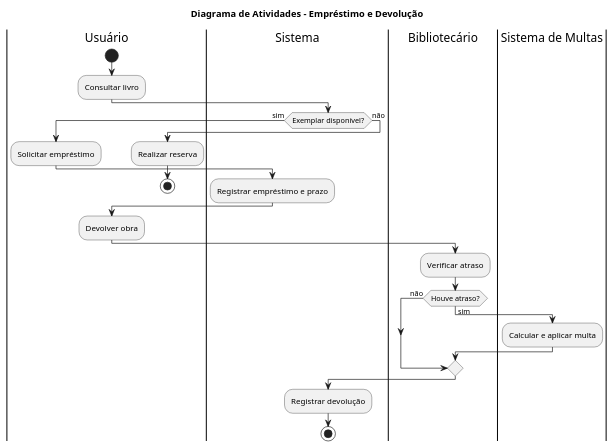
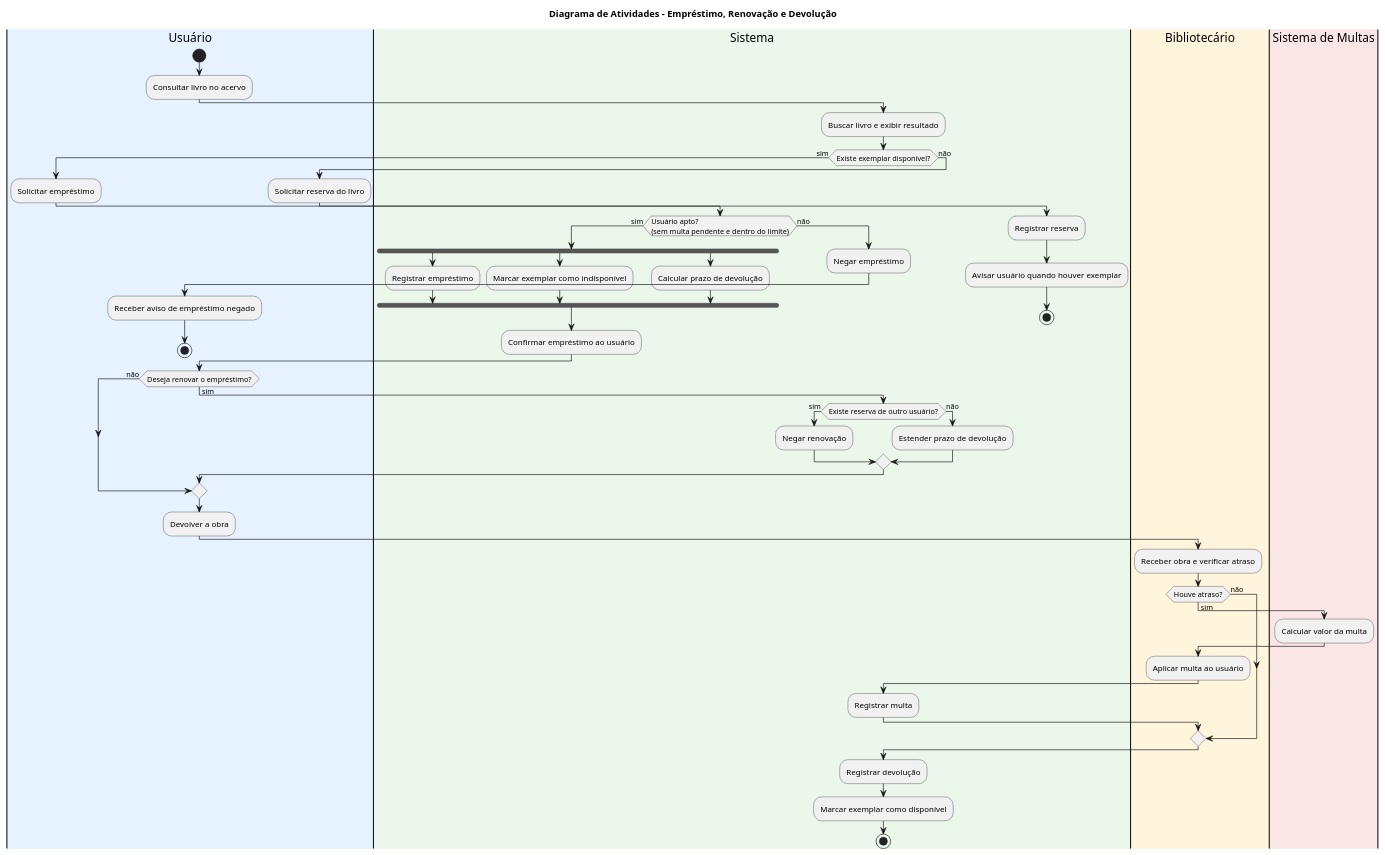
One commit to GabrielBGarcia/MODELAGEM-DE-SOFTWARE changed the diagram in biblioteca-uml/biblioteca-uml/diagramas/atividades/atividades.puml. Above: the diagram before and after it, drawn with PlantUML. The commit also changed 2 other files, not shown here.

Commit message:
Diagrama de atividade

```diff
--- a/biblioteca-uml/biblioteca-uml/diagramas/atividades/atividades.puml
+++ b/biblioteca-uml/biblioteca-uml/diagramas/atividades/atividades.puml
@@ -1,33 +1,77 @@
 @startuml atividades
-title Diagrama de Atividades – Empréstimo e Devolução
+title Diagrama de Atividades – Empréstimo, Renovação e Devolução
+
+|#E6F2FF|Usuário|
+|#EAF7EA|Sistema|
+|#FFF4DC|Bibliotecário|
+|#FBE6E6|Sistema de Multas|
 
 |Usuário|
 start
-:Consultar livro;
+:Consultar livro no acervo;
+
 |Sistema|
-if (Exemplar disponível?) then (sim)
+:Buscar livro e exibir resultado;
+
+if (Existe exemplar disponível?) then (sim)
   |Usuário|
   :Solicitar empréstimo;
+
   |Sistema|
-  :Registrar empréstimo e prazo;
+  if (Usuário apto?\n(sem multa pendente e dentro do limite)) then (sim)
+    fork
+      :Registrar empréstimo;
+    fork again
+      :Marcar exemplar como indisponível;
+    fork again
+      :Calcular prazo de devolução;
+    end fork
+    :Confirmar empréstimo ao usuário;
+  else (não)
+    :Negar empréstimo;
+    |Usuário|
+    :Receber aviso de empréstimo negado;
+    stop
+  endif
 else (não)
   |Usuário|
-  :Realizar reserva;
+  :Solicitar reserva do livro;
+  |Sistema|
+  :Registrar reserva;
+  :Avisar usuário quando houver exemplar;
   stop
 endif
 
 |Usuário|
-:Devolver obra;
+if (Deseja renovar o empréstimo?) then (sim)
+  |Sistema|
+  if (Existe reserva de outro usuário?) then (sim)
+    :Negar renovação;
+  else (não)
+    :Estender prazo de devolução;
+  endif
+else (não)
+endif
+
+|Usuário|
+:Devolver a obra;
+
 |Bibliotecário|
-:Verificar atraso;
+:Receber obra e verificar atraso;
+
 if (Houve atraso?) then (sim)
   |Sistema de Multas|
-  :Calcular e aplicar multa;
+  :Calcular valor da multa;
+  |Bibliotecário|
+  :Aplicar multa ao usuário;
+  |Sistema|
+  :Registrar multa;
 else (não)
 endif
+
 |Sistema|
 :Registrar devolução;
+:Marcar exemplar como disponível;
 stop
 
-' TODO: completar (renovação, empréstimo negado, fork/join se houver)
 @enduml
```
